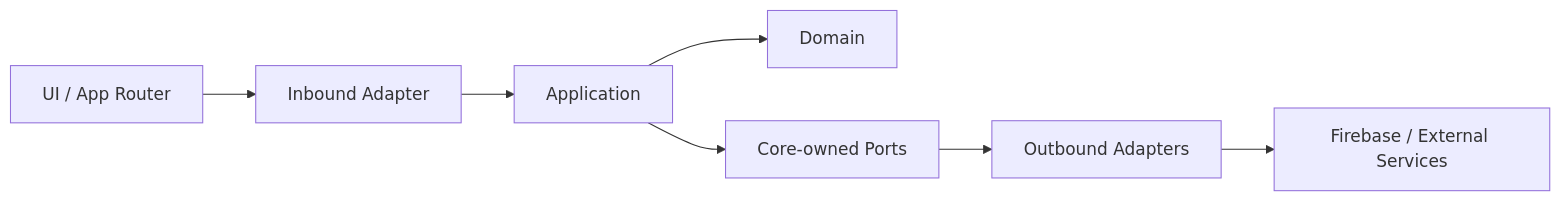
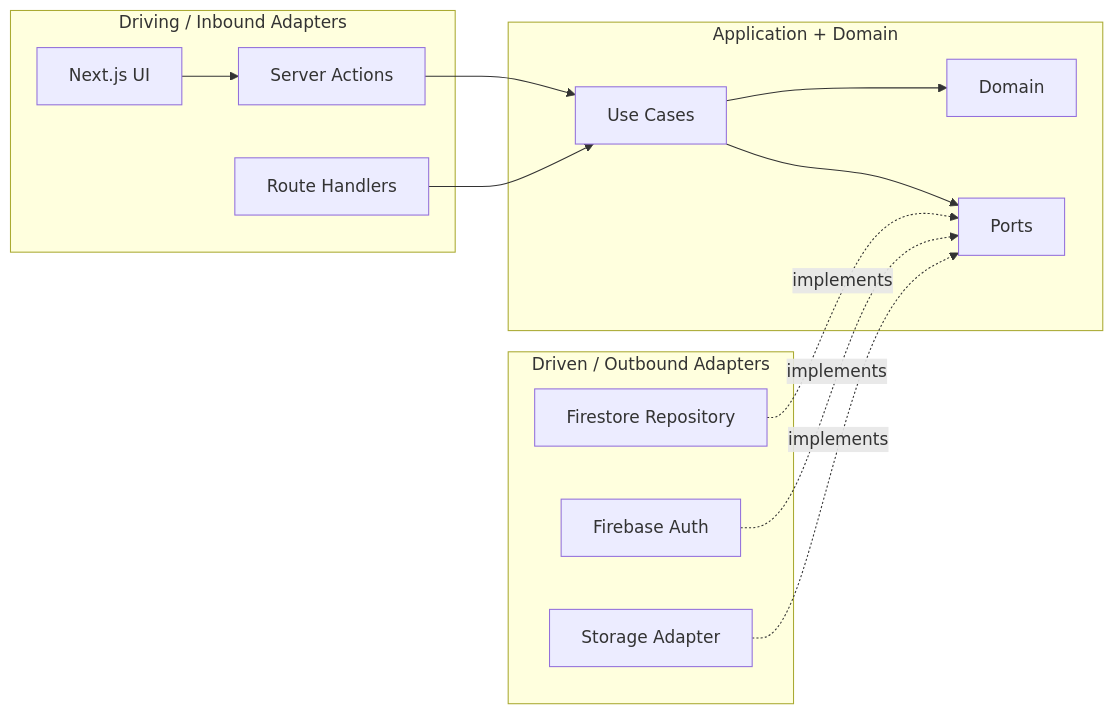
One commit to 369sup/worksync-hr changed the diagram in docs/01-architecture/hexagonal-architecture.md. Above: the diagram before and after it, drawn with Mermaid. The commit also changed other lines of this file and 8 other files, not shown here.

Commit message:
docs: add DDD architecture guidance

````diff
--- a/docs/01-architecture/hexagonal-architecture.md
+++ b/docs/01-architecture/hexagonal-architecture.md
@@ -7,9 +7,29 @@
 ```mermaid
 flowchart LR
-  UI[UI / App Router] --> IN[Inbound Adapter]
-  IN --> APP[Application]
-  APP --> DOM[Domain]
-  APP --> PORTS[Core-owned Ports]
-  PORTS --> OUT[Outbound Adapters]
-  OUT --> EXT[Firebase / External Services]
+  subgraph Driving[Driving / Inbound Adapters]
+    UI[Next.js UI]
+    SA[Server Actions]
+    RH[Route Handlers]
+  end
+
+  subgraph Core[Application + Domain]
+    UC[Use Cases]
+    DOM[Domain]
+    PORTS[Ports]
+  end
+
+  subgraph Driven[Driven / Outbound Adapters]
+    FS[Firestore Repository]
+    AUTH[Firebase Auth]
+    STORAGE[Storage Adapter]
+  end
+
+  UI --> SA
+  SA --> UC
+  RH --> UC
+  UC --> DOM
+  UC --> PORTS
+  FS -. implements .-> PORTS
+  AUTH -. implements .-> PORTS
+  STORAGE -. implements .-> PORTS
 ```
````
